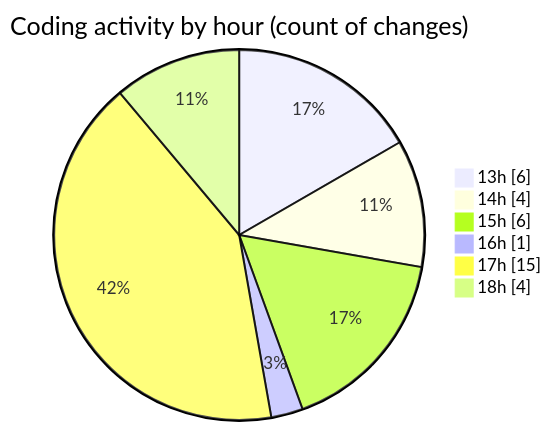
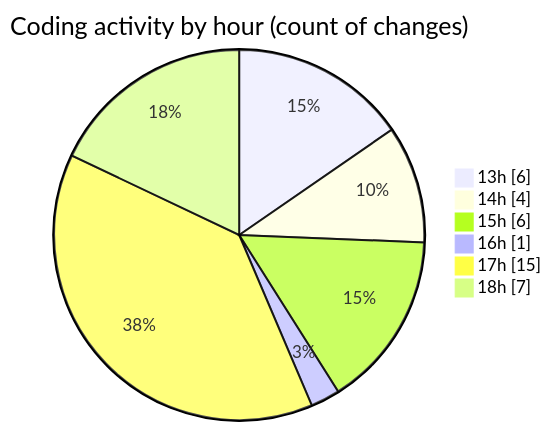
The second of 2 diagrams in 2025-05-17/niten/README.md (Elitesun/code-tracking), drawn with Mermaid before and after one commit. The commit also changed other lines of this file and 1 other file, not shown here.

````diff
--- a/2025-05-17/niten/README.md
+++ b/2025-05-17/niten/README.md
@@ -34,10 +36,10 @@
 ```mermaid
 pie showData
 title Coding activity by hour (count of changes)
 "13h" : 6
 "14h" : 4
 "15h" : 6
 "16h" : 1
 "17h" : 15
-"18h" : 4
+"18h" : 7
 ```
````
